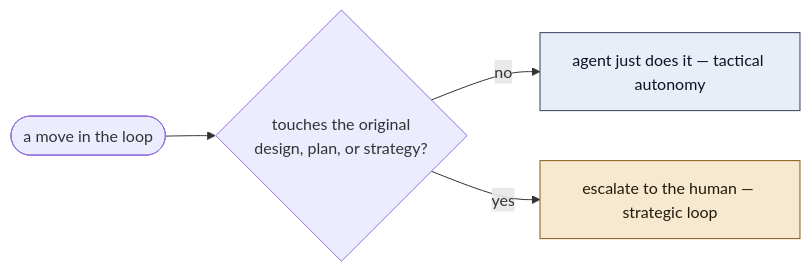
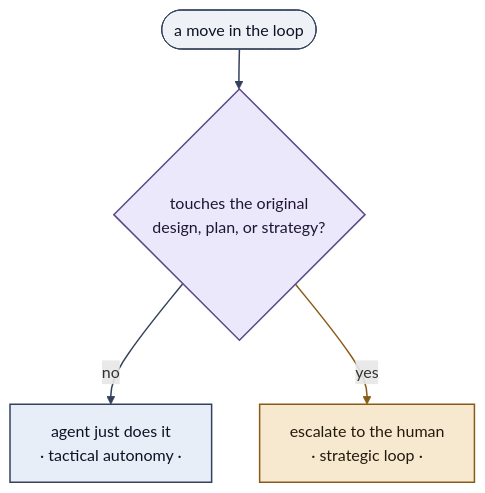
Before and after one commit to innovestrum/keelson: the second of 5 diagrams in README.md, drawn with Mermaid. The commit also changed other lines of this file, not shown here.

First line of the commit message:
docs(readme): vertical diagrams + richer styling (#2)

````diff
--- a/README.md
+++ b/README.md
@@ -24,10 +35,18 @@
 ```mermaid
-flowchart LR
+%%{init: {"flowchart": {"diagramPadding": 22, "nodeSpacing": 48, "rankSpacing": 40}}}%%
+flowchart TD
   M([a move in the loop]) --> Q{touches the original<br/>design, plan, or strategy?}
-  Q -- no --> A[agent just does it — tactical autonomy]
-  Q -- yes --> H[escalate to the human — strategic loop]
-  classDef agent fill:#e8eef7,stroke:#33415c,color:#0b1324;
-  classDef human fill:#f7e9d0,stroke:#8a5a16,color:#241a0b;
-  class A agent
-  class H human
+  Q -- no --> A[agent just does it<br/>· tactical autonomy ·]
+  Q -- yes --> H[escalate to the human<br/>· strategic loop ·]
+  classDef start fill:#eef1f6,stroke:#33415c,color:#0b1324,stroke-width:1px;
+  classDef decision fill:#ece8fb,stroke:#5b4b8a,color:#1e1633,stroke-width:1.5px;
+  classDef agent fill:#e8eef7,stroke:#33415c,color:#0b1324,stroke-width:1.5px;
+  classDef human fill:#f7e9d0,stroke:#8a5a16,color:#241a0b,stroke-width:1.5px;
+  class M start;
+  class Q decision;
+  class A agent;
+  class H human;
+  linkStyle 0 stroke:#33415c,stroke-width:1.5px;
+  linkStyle 1 stroke:#33415c,stroke-width:1.5px;
+  linkStyle 2 stroke:#8a5a16,stroke-width:1.5px;
 ```
````
